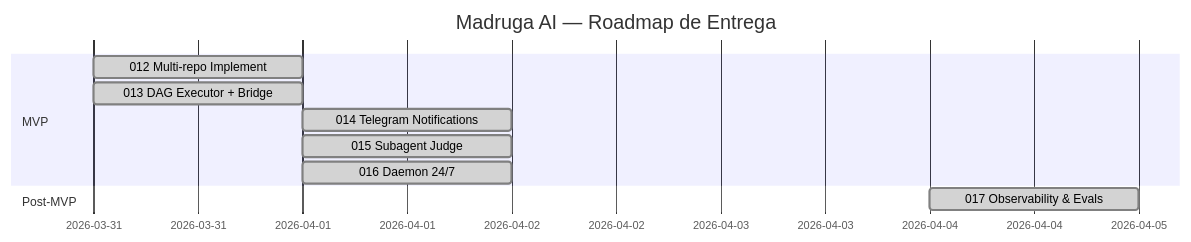
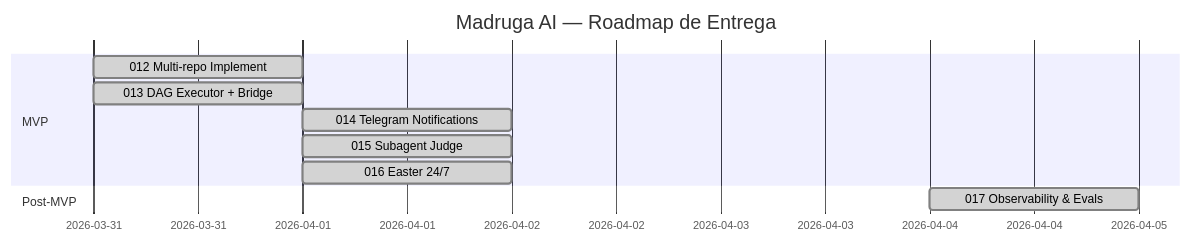
The second of 4 diagrams in platforms/madruga-ai/planning/roadmap.md (paceautomations/madruga.ai), drawn with Mermaid before and after one commit. The commit also changed other lines of this file and 122 other files, not shown here.

First line of the commit message:
feat: epic 021 — pipeline intelligence artifacts, daemon→easter rename, audit PNG cleanup

````diff
--- a/platforms/madruga-ai/planning/roadmap.md
+++ b/platforms/madruga-ai/planning/roadmap.md
@@ -72,13 +72,13 @@
 ```mermaid
 gantt
     title Madruga AI — Roadmap de Entrega
     dateFormat YYYY-MM-DD
     section MVP
     012 Multi-repo Implement     :done, e012, 2026-03-31, 1d
     013 DAG Executor + Bridge    :done, e013, 2026-03-31, 1d
     014 Telegram Notifications   :done, e014, 2026-04-01, 1d
     015 Subagent Judge           :done, e015, 2026-04-01, 1d
-    016 Daemon 24/7              :done, e016, 2026-04-01, 1d
+    016 Easter 24/7              :done, e016, 2026-04-01, 1d
     section Post-MVP
     017 Observability & Evals    :done, e017, 2026-04-04, 1d
 ```
````
